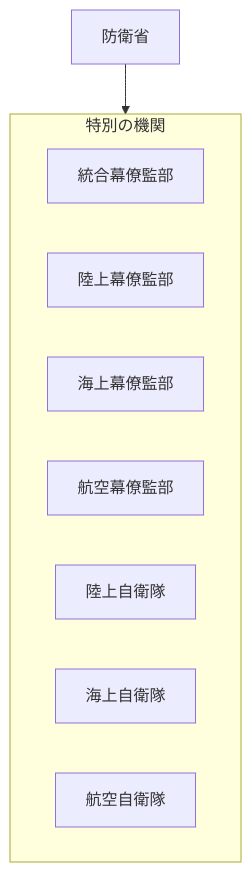
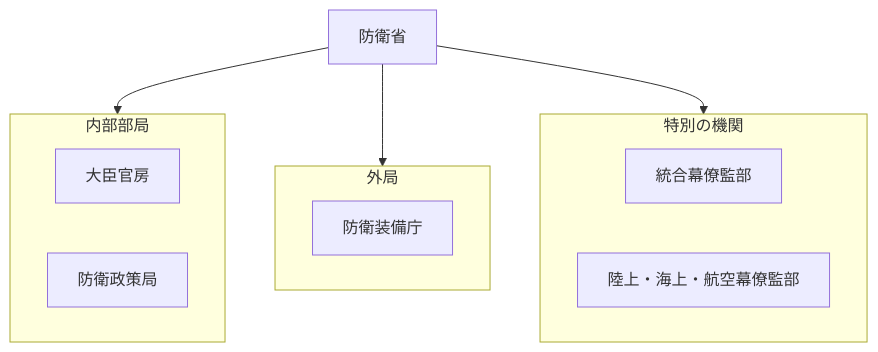
One commit to tatemaru/jp-admin-org-chart changed the diagram in 行政機構/防衛省/README.md. Above: the diagram before and after it, drawn with Mermaid. The commit also changed other lines of this file and 18 other files, not shown here.

````diff
--- a/行政機構/防衛省/README.md
+++ b/行政機構/防衛省/README.md
@@ -5,14 +5,18 @@
 ```mermaid
 flowchart TB
   root["防衛省"]
-  subgraph g0["特別の機関"]
-    n0_0["統合幕僚監部"]
-    n0_1["陸上幕僚監部"]
-    n0_2["海上幕僚監部"]
-    n0_3["航空幕僚監部"]
-    n0_4["陸上自衛隊"]
-    n0_5["海上自衛隊"]
-    n0_6["航空自衛隊"]
+  subgraph g0["内部部局"]
+    n0_0["大臣官房"]
+    n0_1["防衛政策局"]
   end
   root --> g0
+  subgraph g1["外局"]
+    n1_0["防衛装備庁"]
+  end
+  root --> g1
+  subgraph g2["特別の機関"]
+    n2_0["統合幕僚監部"]
+    n2_1["陸上・海上・航空幕僚監部"]
+  end
+  root --> g2
 ```
````
